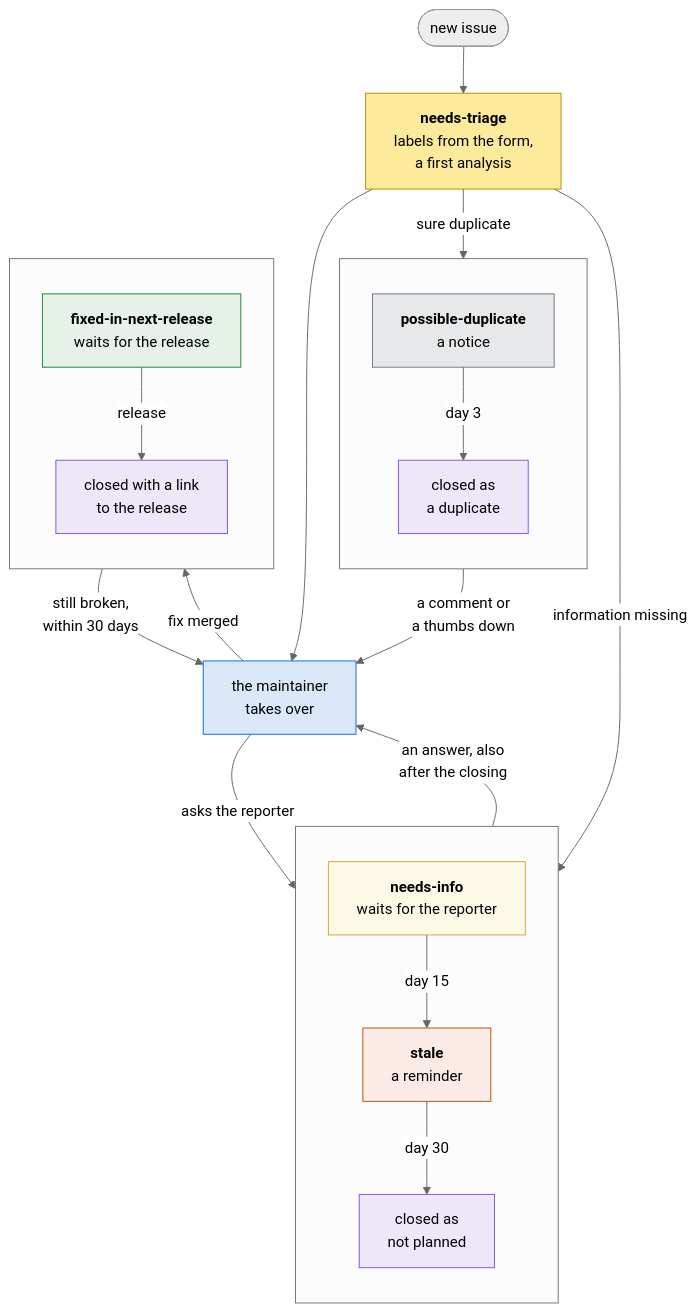
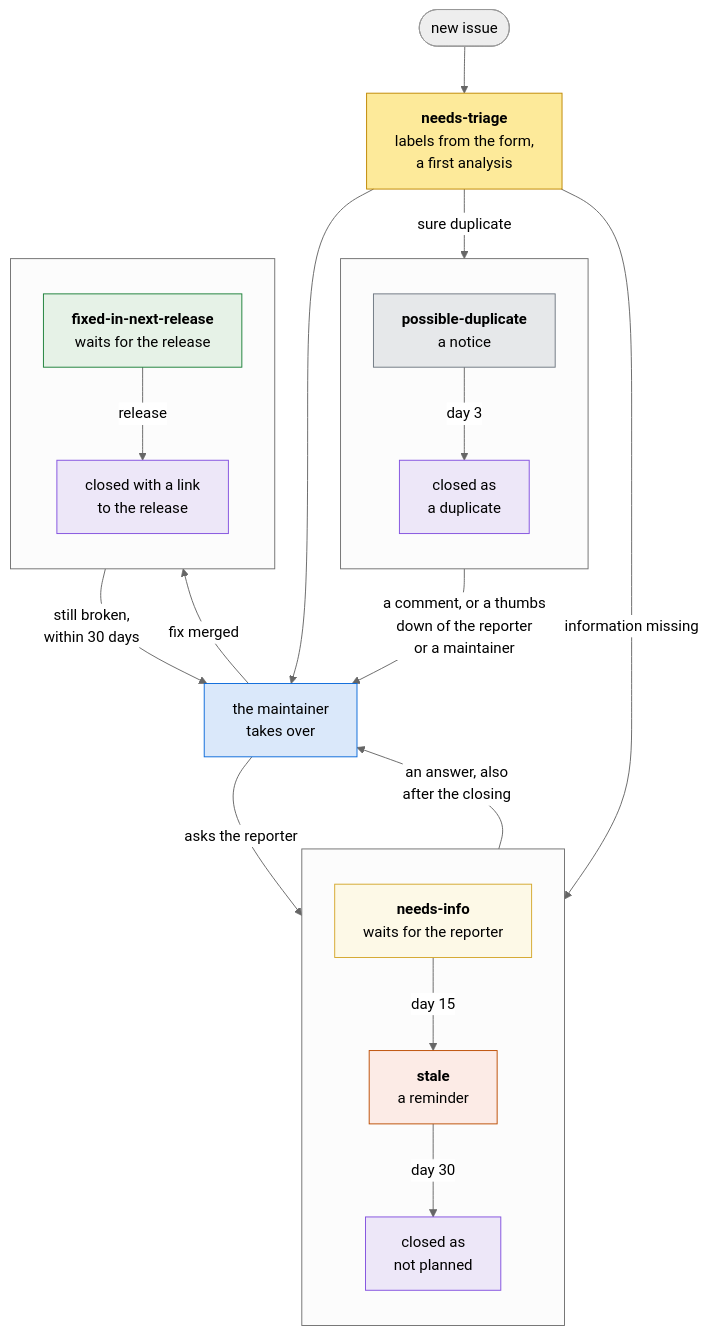
Before and after one commit to Dennis-Otto/issue-assistant: the second of 5 diagrams in README.md, drawn with Mermaid (neutral theme). The commit also changed other lines of this file and 13 other files, not shown here.

````diff
--- a/README.md
+++ b/README.md
@@ -122,39 +122,39 @@
 ```mermaid
 flowchart TB
   opened(["new issue"]) --> triage["<b>needs-triage</b><br/>labels from the form,<br/>a first analysis"]
   triage --> maintainer["the maintainer<br/>takes over"]
   triage -- "information missing" --> waiting
   maintainer -- "asks the reporter" --> waiting
   subgraph unanswered [" "]
     direction TB
     waiting["<b>needs-info</b><br/>waits for the reporter"] -- "day 15" --> stale["<b>stale</b><br/>a reminder"]
     stale -- "day 30" --> closed["closed as<br/>not planned"]
   end
   unanswered -- "an answer, also<br/>after the closing" --> maintainer
   triage -- "sure duplicate" --> notice
   subgraph duplicates [" "]
     direction TB
     notice["<b>possible-duplicate</b><br/>a notice"] -- "day 3" --> duplicate["closed as<br/>a duplicate"]
   end
-  notice -- "a comment or<br/>a thumbs down" --> maintainer
+  notice -- "a comment, or a thumbs<br/>down of the reporter<br/>or a maintainer" --> maintainer
   maintainer -- "fix merged" --> fixed
   subgraph release [" "]
     direction TB
     fixed["<b>fixed-in-next-release</b><br/>waits for the release"] -- "release" --> released["closed with a link<br/>to the release"]
   end
   released -- "still broken,<br/>within 30 days" --> maintainer
   classDef triage fill:#fbca0466,stroke:#bf8700
   classDef info fill:#fef2c059,stroke:#d4a72c
   classDef stale fill:#f9d0c466,stroke:#bc4c00
   classDef duplicate fill:#8c959f33,stroke:#6e7781
   classDef fixed fill:#c2e0c666,stroke:#1a7f37
   classDef done fill:#8250df1f,stroke:#8250df
   classDef person fill:#0969da26,stroke:#0969da
   class triage triage
   class waiting info
   class stale stale
   class notice duplicate
   class fixed fixed
   class closed,duplicate,released done
   class maintainer person
 ```
````
